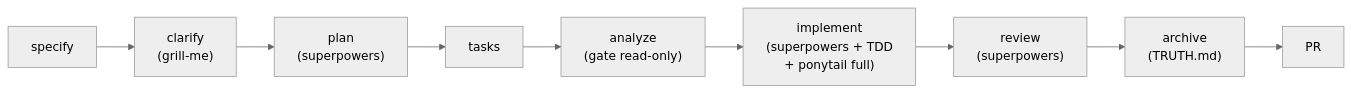
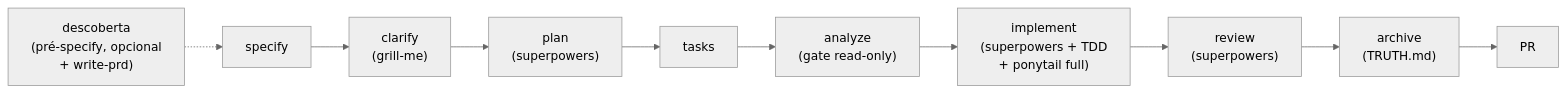
The second of 2 diagrams in README.md (iuripereira/deltaspec), drawn with Mermaid (neutral theme) before and after one commit. The commit also changed other lines of this file and 13 other files, not shown here.

First line of the commit message:
feat(012-descoberta): skill descoberta — fase pré-specify do ciclo (#50)

````diff
--- a/README.md
+++ b/README.md
@@ -22,11 +22,12 @@
 ```mermaid
 flowchart LR
+    descoberta["descoberta<br>(pré-specify, opcional<br>+ write-prd)"] -.-> specify
     specify --> clarify["clarify<br>(grill-me)"]
     clarify --> plan["plan<br>(superpowers)"]
     plan --> tasks
     tasks --> analyze["analyze<br>(gate read-only)"]
     analyze --> implement["implement<br>(superpowers + TDD<br>+ ponytail full)"]
     implement --> review["review<br>(superpowers)"]
     review --> archive["archive<br>(TRUTH.md)"]
     archive --> PR
 ```
````
